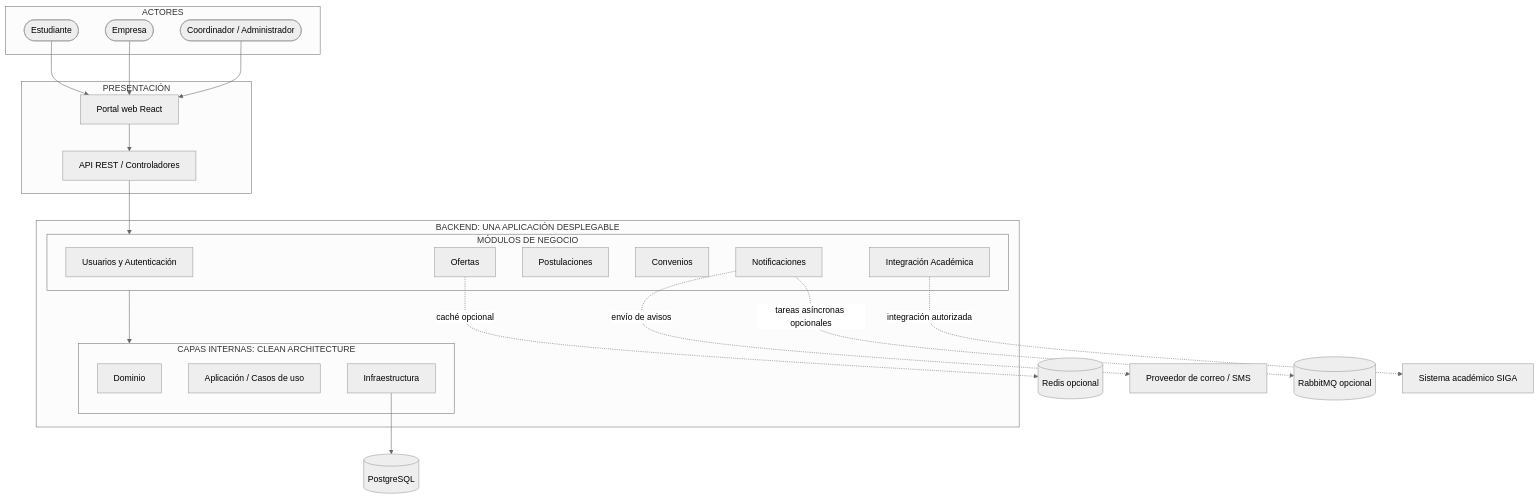
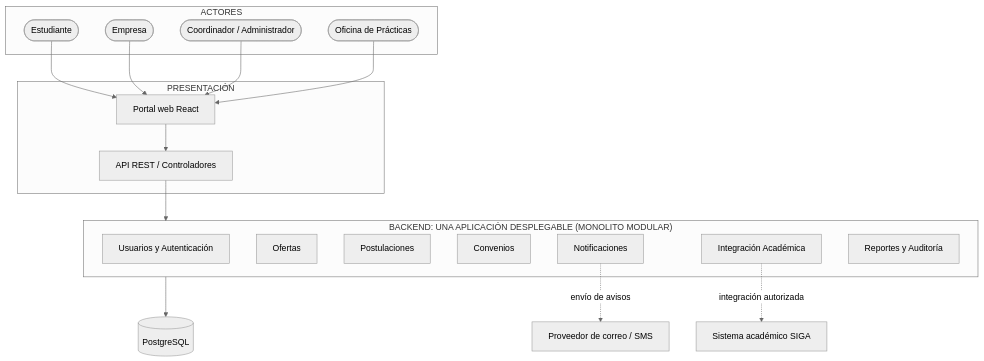
Before and after one commit to Jhoncode987/Sistema-de-Gestion-y-Publicacion-Practicas-Preprofesionales: the diagram in docs/02-arquitectura/arquitectura-inicial.md, drawn with Mermaid (neutral theme). The commit also changed other lines of this file and 5 other files, not shown here.

First line of the commit message:
Actualiza arquitectura inicial: solo PostgreSQL, referencia Bumeran, corrige enlaces

````diff
--- a/docs/02-arquitectura/arquitectura-inicial.md
+++ b/docs/02-arquitectura/arquitectura-inicial.md
@@ -11,47 +33,38 @@
 ```mermaid
 flowchart TD
     subgraph Actores["ACTORES"]
         A1([Estudiante])
         A2([Empresa])
         A3([Coordinador / Administrador])
+        A4([Oficina de Prácticas])
     end
 
     subgraph Presentacion["PRESENTACIÓN"]
         WEB["Portal web React"]
         API["API REST / Controladores"]
         WEB --> API
     end
 
-    subgraph Backend["BACKEND: UNA APLICACIÓN DESPLEGABLE"]
-        subgraph Modulos["MÓDULOS DE NEGOCIO"]
-            M1["Usuarios y Autenticación"]
-            M2["Ofertas"]
-            M3["Postulaciones"]
-            M4["Convenios"]
-            M5["Notificaciones"]
-            M6["Integración Académica"]
-        end
-        subgraph Capas["CAPAS INTERNAS: CLEAN ARCHITECTURE"]
-            C1["Dominio"]
-            C2["Aplicación / Casos de uso"]
-            C3["Infraestructura"]
-        end
+    subgraph Backend["BACKEND: UNA APLICACIÓN DESPLEGABLE (MONOLITO MODULAR)"]
+        M1["Usuarios y Autenticación"]
+        M2["Ofertas"]
+        M3["Postulaciones"]
+        M4["Convenios"]
+        M5["Notificaciones"]
+        M6["Integración Académica"]
+        M7["Reportes y Auditoría"]
     end
 
-    DB[(PostgreSQL)]
+    DB[("PostgreSQL")]
     SIGA["Sistema académico SIGA"]
     MAIL["Proveedor de correo / SMS"]
-    REDIS[("Redis opcional")]
-    MQ[("RabbitMQ opcional")]
 
     A1 --> WEB
     A2 --> WEB
     A3 --> WEB
-    API --> Modulos
-    Modulos --> Capas
-    C3 --> DB
+    A4 --> WEB
+    API --> Backend
+    Backend --> DB
     M6 -. integración autorizada .-> SIGA
     M5 -. envío de avisos .-> MAIL
-    M2 -. caché opcional .-> REDIS
-    M5 -. tareas asíncronas opcionales .-> MQ
 ```
````
